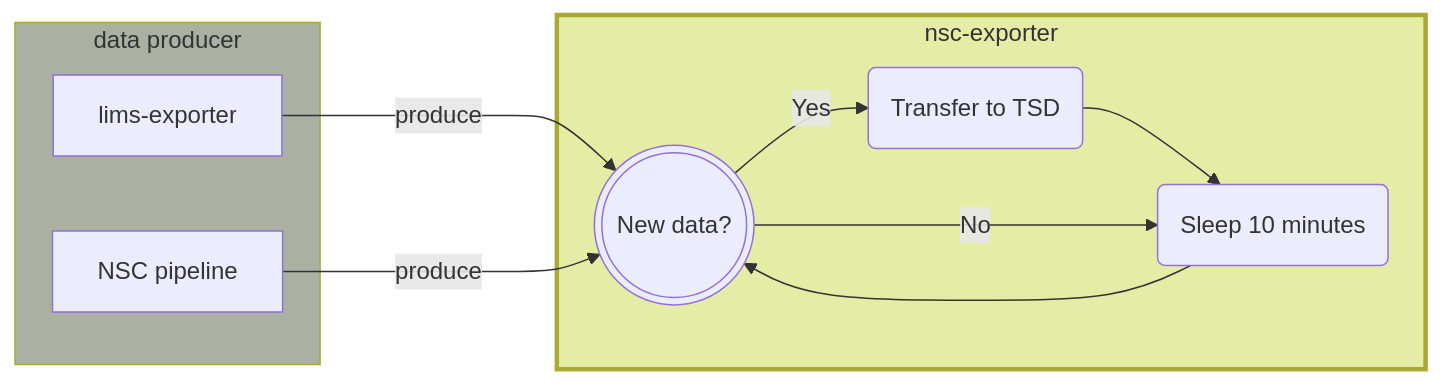
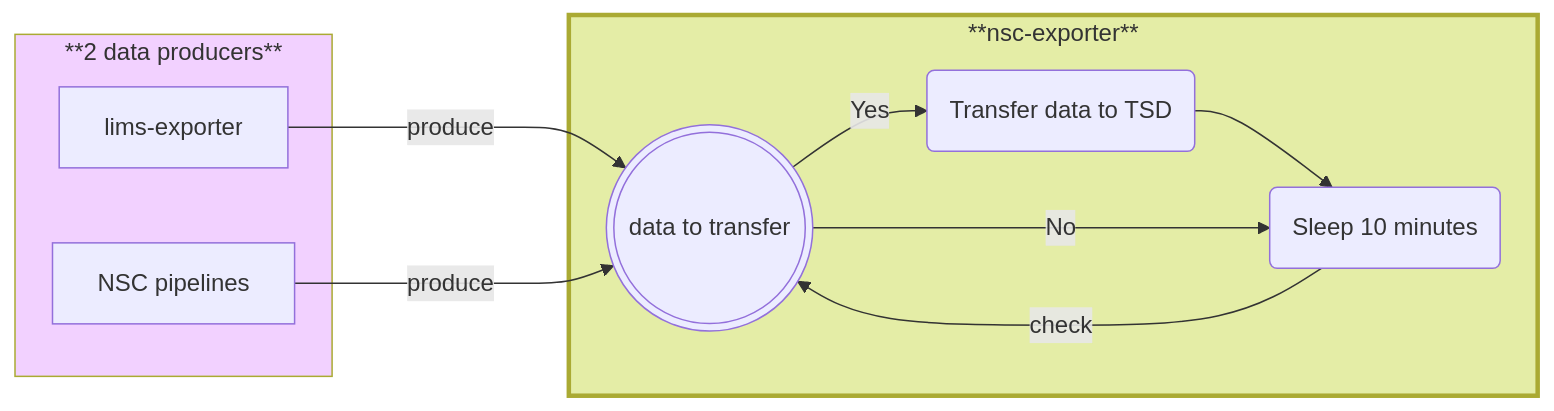
The diagram in projects/wgs_upscale/wgs_upscaling_bioinf.qmd (xuyangy/website), drawn with Mermaid before and after one commit. The commit also changed other lines of this file, not shown here.

````diff
--- a/projects/wgs_upscale/wgs_upscaling_bioinf.qmd
+++ b/projects/wgs_upscale/wgs_upscaling_bioinf.qmd
@@ -66,15 +67,15 @@
 ```{mermaid}
 flowchart LR
-    subgraph dt[nsc-exporter]
-    check-new-data(((New data?))) --> |Yes| transfer(Transfer to TSD) 
+    subgraph dt[**nsc-exporter**]
+    check-new-data(((data to transfer))) --> |Yes| transfer(Transfer data to TSD) 
     transfer --> sleep(Sleep 10 minutes)
-    sleep --> check-new-data
+    sleep --> |check| check-new-data
     check-new-data --> |No| sleep
     end
-    subgraph dp[data producer]
+    subgraph dp[**2 data producers**]
     lims-exporter[lims-exporter]  ---> |produce| check-new-data
-    pipeline[NSC pipeline] ---> |produce| check-new-data
+    pipeline[NSC pipelines] ---> |produce| check-new-data
     end
     style dt fill:#e4eda6,stroke-width:3px
-    style dp fill:#aab0a2
+    style dp fill:#F2D1FF
 ```
````
